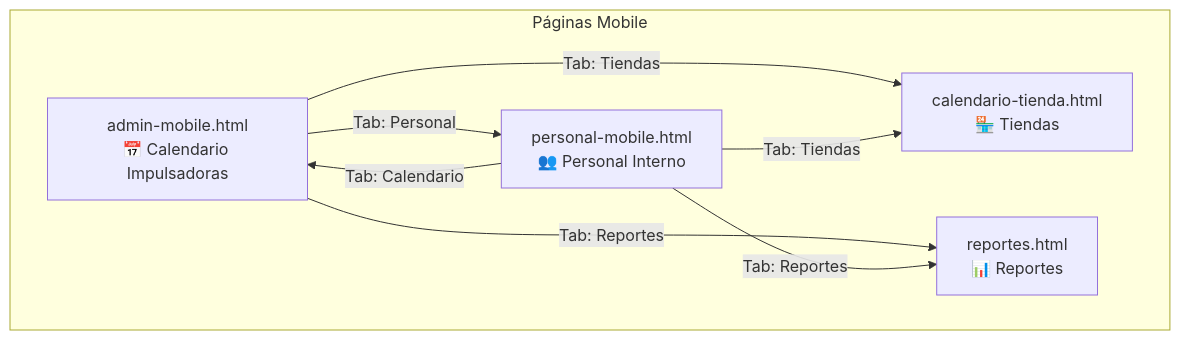
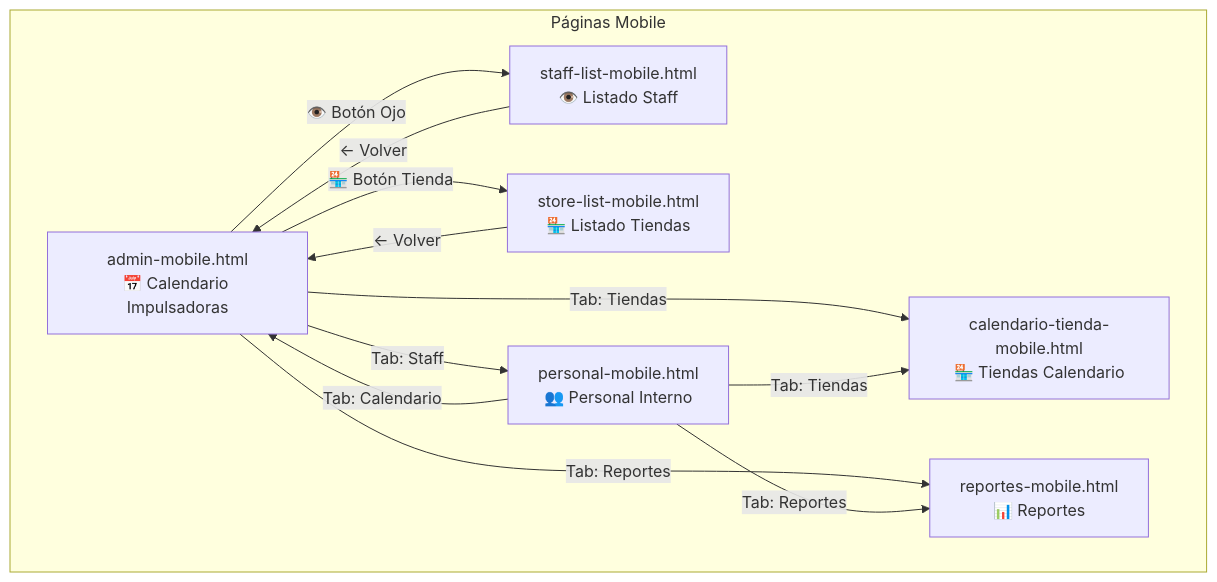
One commit to dilduck23/Horarios-Peluquero changed the second of 3 diagrams in DEPLOY_README.md. Above: the diagram before and after it, drawn with Mermaid. The commit also changed other lines of this file, not shown here.

Commit message:
Update DEPLOY_README.md with new mobile pages documentation

````diff
--- a/DEPLOY_README.md
+++ b/DEPLOY_README.md
@@ -112,17 +116,24 @@
 ```mermaid
 graph TD
     subgraph "Páginas Mobile"
         AM[admin-mobile.html<br/>📅 Calendario Impulsadoras]
         PM[personal-mobile.html<br/>👥 Personal Interno]
-        CT[calendario-tienda.html<br/>🏪 Tiendas]
-        RP[reportes.html<br/>📊 Reportes]
+        CTM[calendario-tienda-mobile.html<br/>🏪 Tiendas Calendario]
+        RPM[reportes-mobile.html<br/>📊 Reportes]
+        SLM[staff-list-mobile.html<br/>👁️ Listado Staff]
+        STM[store-list-mobile.html<br/>🏪 Listado Tiendas]
     end
 
-    AM -->|"Tab: Personal"| PM
-    AM -->|"Tab: Tiendas"| CT
-    AM -->|"Tab: Reportes"| RP
+    AM -->|"👁️ Botón Ojo"| SLM
+    AM -->|"🏪 Botón Tienda"| STM
+    AM -->|"Tab: Staff"| PM
+    AM -->|"Tab: Tiendas"| CTM
+    AM -->|"Tab: Reportes"| RPM
     
     PM -->|"Tab: Calendario"| AM
-    PM -->|"Tab: Tiendas"| CT
-    PM -->|"Tab: Reportes"| RP
+    PM -->|"Tab: Tiendas"| CTM
+    PM -->|"Tab: Reportes"| RPM
+    
+    SLM -->|"← Volver"| AM
+    STM -->|"← Volver"| AM
 ```
````
